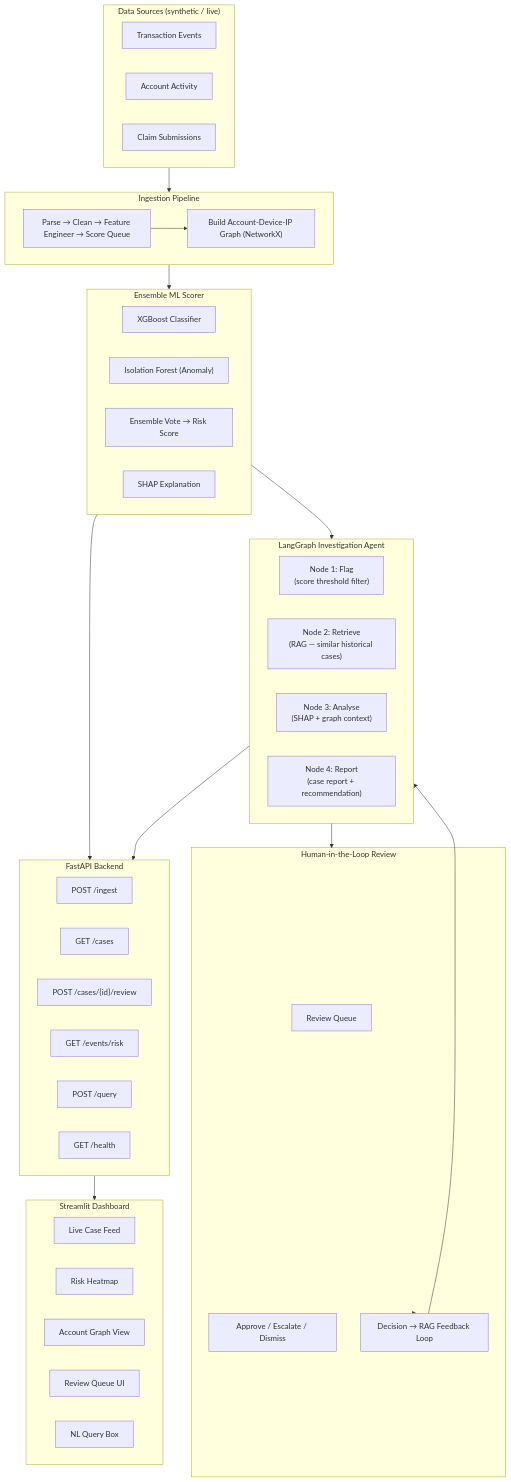
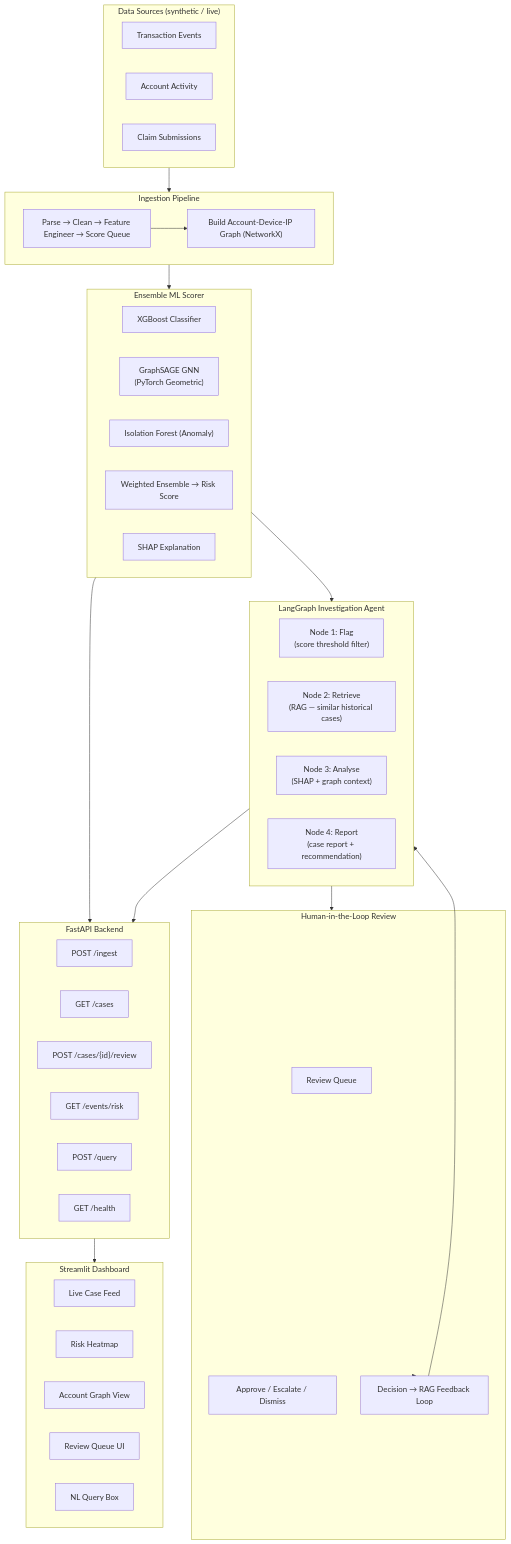
Before and after one commit to rajan0860/SentinelIQ: the diagram in README.md, drawn with Mermaid. The commit also changed other lines of this file and 10 other files, not shown here.

Commit message:
feat: integrate GNN model into ensemble pipeline with support for heterogeneous graph processing and graceful fallback

````diff
--- a/README.md
+++ b/README.md
@@ -98,60 +98,61 @@
 ```mermaid
 flowchart TB
     subgraph Sources["Data Sources (synthetic / live)"]
         TXN[Transaction Events]
         ACCT[Account Activity]
         CLAIM[Claim Submissions]
     end
 
     subgraph Ingestion["Ingestion Pipeline"]
         PARSE["Parse → Clean → Feature Engineer → Score Queue"]
         GRAPH["Build Account-Device-IP Graph (NetworkX)"]
     end
 
     subgraph ML["Ensemble ML Scorer"]
         XGB["XGBoost Classifier"]
+        GNN["GraphSAGE GNN\n(PyTorch Geometric)"]
         ISO["Isolation Forest (Anomaly)"]
-        ENSEMBLE["Ensemble Vote → Risk Score"]
+        ENSEMBLE["Weighted Ensemble → Risk Score"]
         SHAP["SHAP Explanation"]
     end
 
     subgraph Agent["LangGraph Investigation Agent"]
         FLAG["Node 1: Flag\n(score threshold filter)"]
         RETRIEVE["Node 2: Retrieve\n(RAG — similar historical cases)"]
         ANALYSE["Node 3: Analyse\n(SHAP + graph context)"]
         REPORT["Node 4: Report\n(case report + recommendation)"]
     end
 
     subgraph Review["Human-in-the-Loop Review"]
         QUEUE["Review Queue"]
         DECISION["Approve / Escalate / Dismiss"]
         FEEDBACK["Decision → RAG Feedback Loop"]
     end
 
     subgraph API["FastAPI Backend"]
         INGEST_EP["POST /ingest"]
         CASES_EP["GET /cases"]
         REVIEW_EP["POST /cases/{id}/review"]
         RISK_EP["GET /events/risk"]
         QUERY_EP["POST /query"]
         HEALTH_EP["GET /health"]
     end
 
     subgraph Dashboard["Streamlit Dashboard"]
         FEED["Live Case Feed"]
         HEATMAP["Risk Heatmap"]
         GRAPH_VIZ["Account Graph View"]
         REVIEW_UI["Review Queue UI"]
         NL["NL Query Box"]
     end
 
     Sources --> Ingestion
     PARSE --> GRAPH
     Ingestion --> ML
     ML --> Agent
     Agent --> Review
     Review --> FEEDBACK --> Agent
     ML --> API
     Agent --> API
     API --> Dashboard
 ```
````
